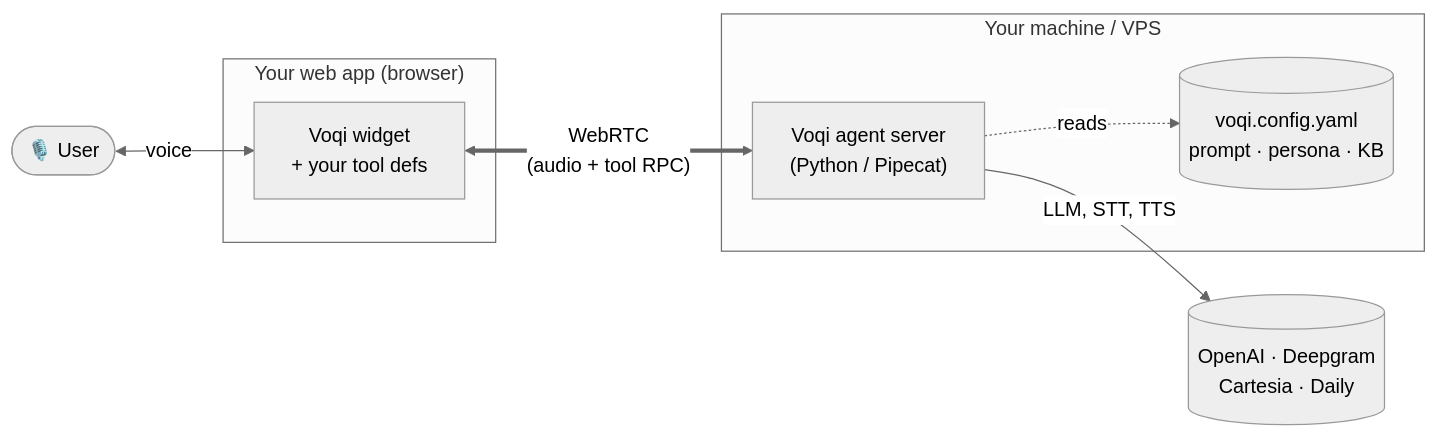
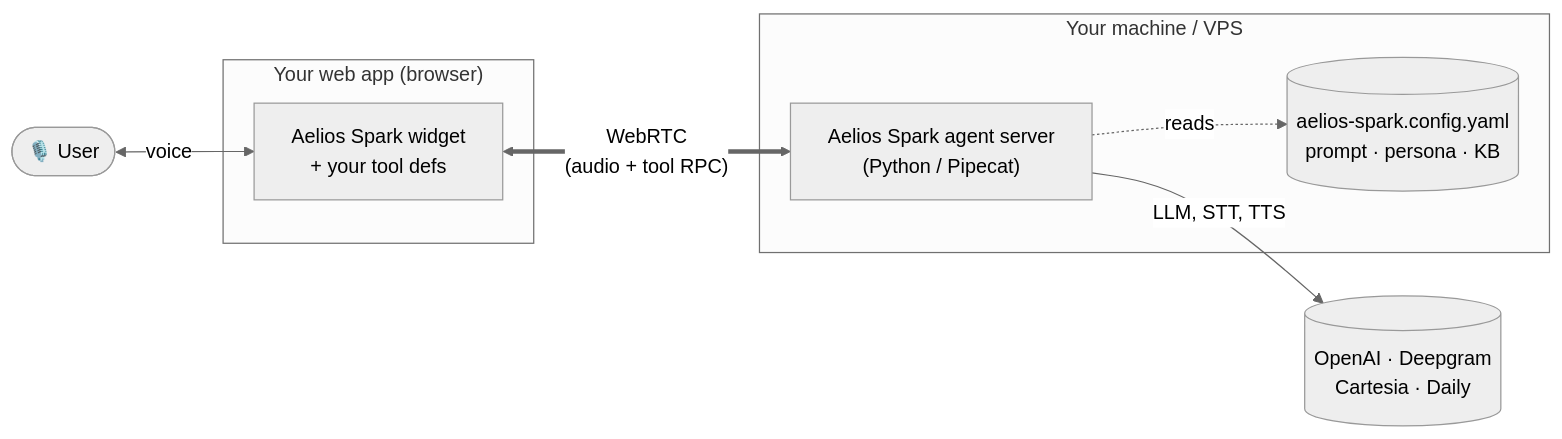
The first of 2 diagrams in README.md (Aelios-AI/voqi), drawn with Mermaid (neutral theme) before and after one commit. The commit also changed other lines of this file and 53 other files, not shown here.

Commit message:
Rename the project to aelios-spark from voqi

````diff
--- a/README.md
+++ b/README.md
@@ -11,15 +11,15 @@
 ```mermaid
 flowchart LR
     user(["🎙️ User"])
     subgraph host["Your web app (browser)"]
-        widget["Voqi widget<br/>+ your tool defs"]
+        widget["Aelios Spark widget<br/>+ your tool defs"]
     end
     subgraph server["Your machine / VPS"]
-        agent["Voqi agent server<br/>(Python / Pipecat)"]
-        cfg[("voqi.config.yaml<br/>prompt · persona · KB")]
+        agent["Aelios Spark agent server<br/>(Python / Pipecat)"]
+        cfg[("aelios-spark.config.yaml<br/>prompt · persona · KB")]
         agent -.reads.-> cfg
     end
     user <-->|voice| widget
     widget <==>|"WebRTC<br/>(audio + tool RPC)"| agent
     agent -->|"LLM, STT, TTS"| providers[("OpenAI · Deepgram<br/>Cartesia · Daily")]
 ```
````
